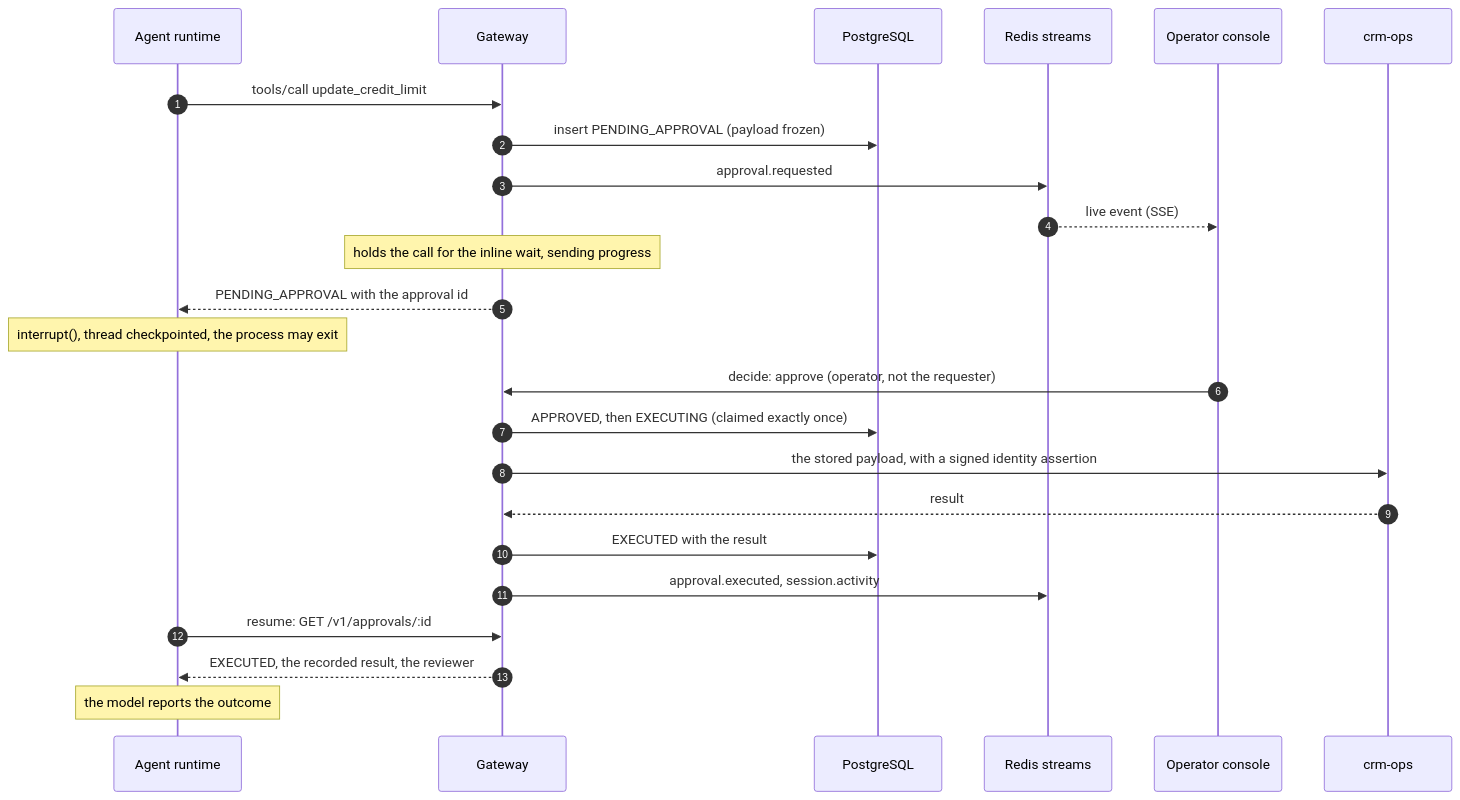
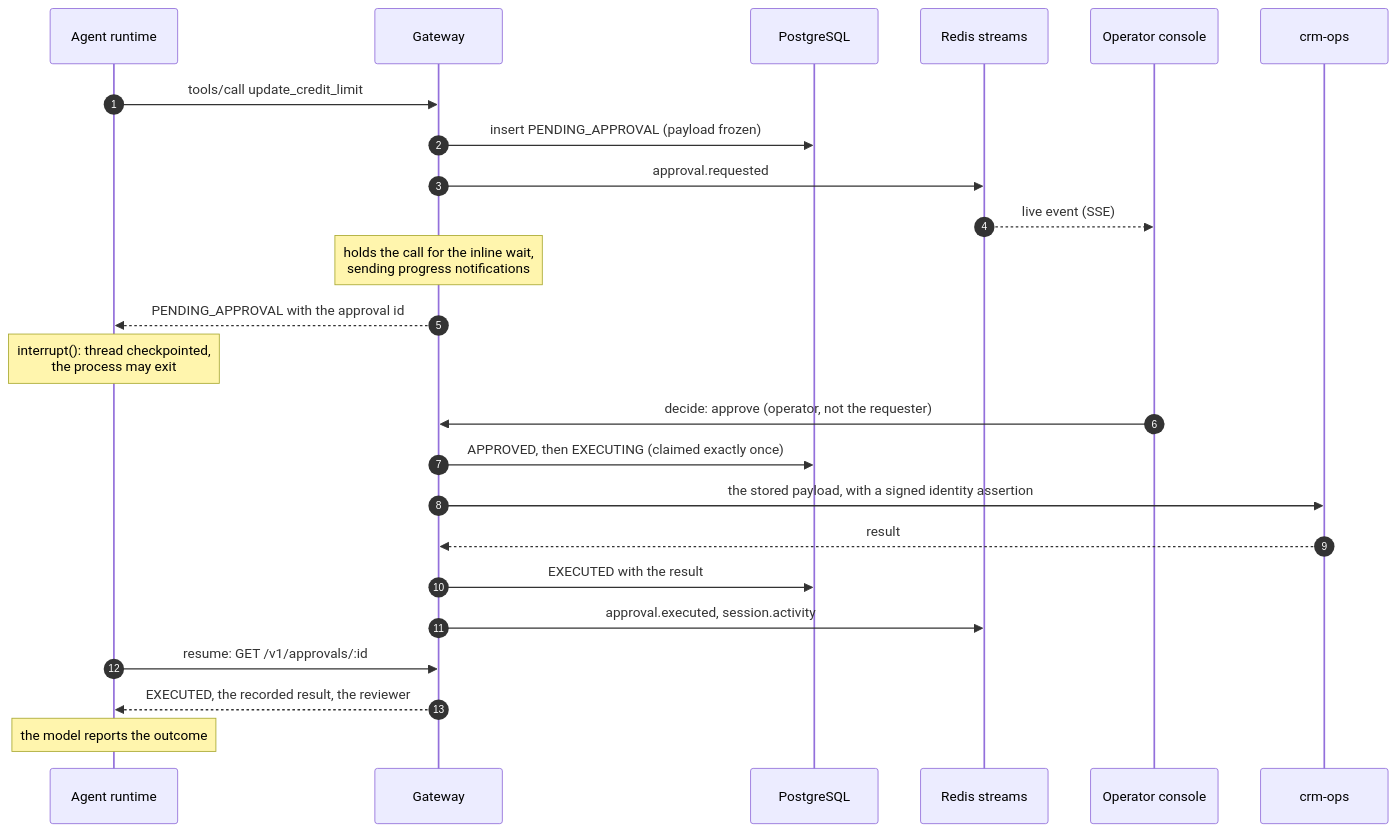
The third of 6 diagrams in README.md (lovable-solution/mcp-enterprise-gateway), drawn with Mermaid before and after one commit. The commit also changed other lines of this file, not shown here.

First line of the commit message:
docs: fix Mermaid diagram layouts in README

````diff
--- a/README.md
+++ b/README.md
@@ -100,26 +100,26 @@
 ```mermaid
 sequenceDiagram
   autonumber
   participant A as Agent runtime
   participant G as Gateway
   participant P as PostgreSQL
   participant R as Redis streams
   participant C as Operator console
   participant M as crm-ops
   A->>G: tools/call update_credit_limit
   G->>P: insert PENDING_APPROVAL (payload frozen)
   G->>R: approval.requested
   R-->>C: live event (SSE)
-  Note over G: holds the call for the inline wait, sending progress
+  Note over G: holds the call for the inline wait,<br/>sending progress notifications
   G-->>A: PENDING_APPROVAL with the approval id
-  Note over A: interrupt(), thread checkpointed, the process may exit
+  Note over A: interrupt(): thread checkpointed,<br/>the process may exit
   C->>G: decide: approve (operator, not the requester)
   G->>P: APPROVED, then EXECUTING (claimed exactly once)
   G->>M: the stored payload, with a signed identity assertion
   M-->>G: result
   G->>P: EXECUTED with the result
   G->>R: approval.executed, session.activity
   A->>G: resume: GET /v1/approvals/:id
   G-->>A: EXECUTED, the recorded result, the reviewer
   Note over A: the model reports the outcome
 ```
````
